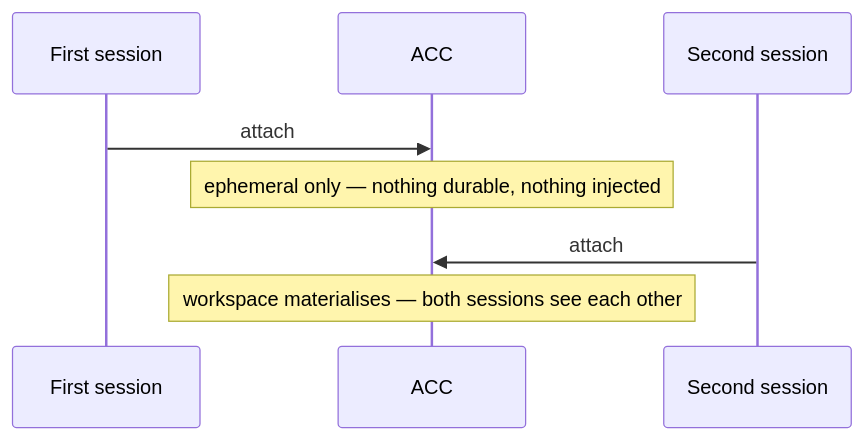
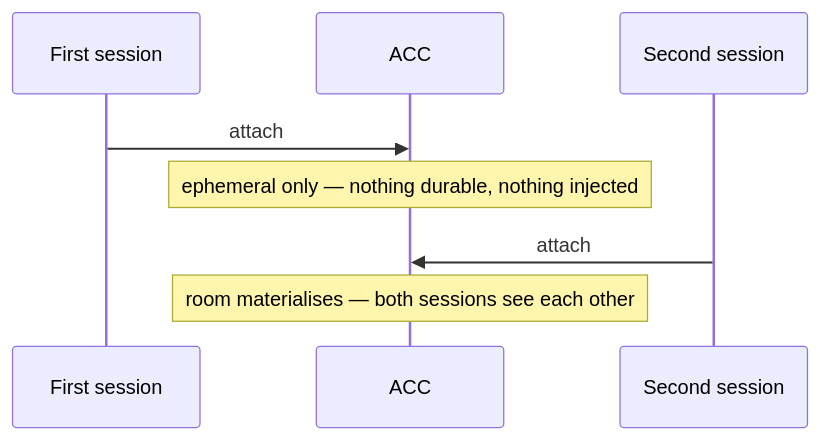
The third of 3 diagrams in docs/CONCEPTS.md (automatis-tools/agents-can-communicate), drawn with Mermaid before and after one commit. The commit also changed other lines of this file and 2 other files, not shown here.

````diff
--- a/docs/CONCEPTS.md
+++ b/docs/CONCEPTS.md
@@ -121,10 +115,10 @@
 ```mermaid
 sequenceDiagram
   participant S1 as First session
   participant ACC
   participant S2 as Second session
   S1->>ACC: attach
   Note over ACC: ephemeral only — nothing durable, nothing injected
   S2->>ACC: attach
-  Note over ACC: workspace materialises — both sessions see each other
+  Note over ACC: room materialises — both sessions see each other
 ```
````
